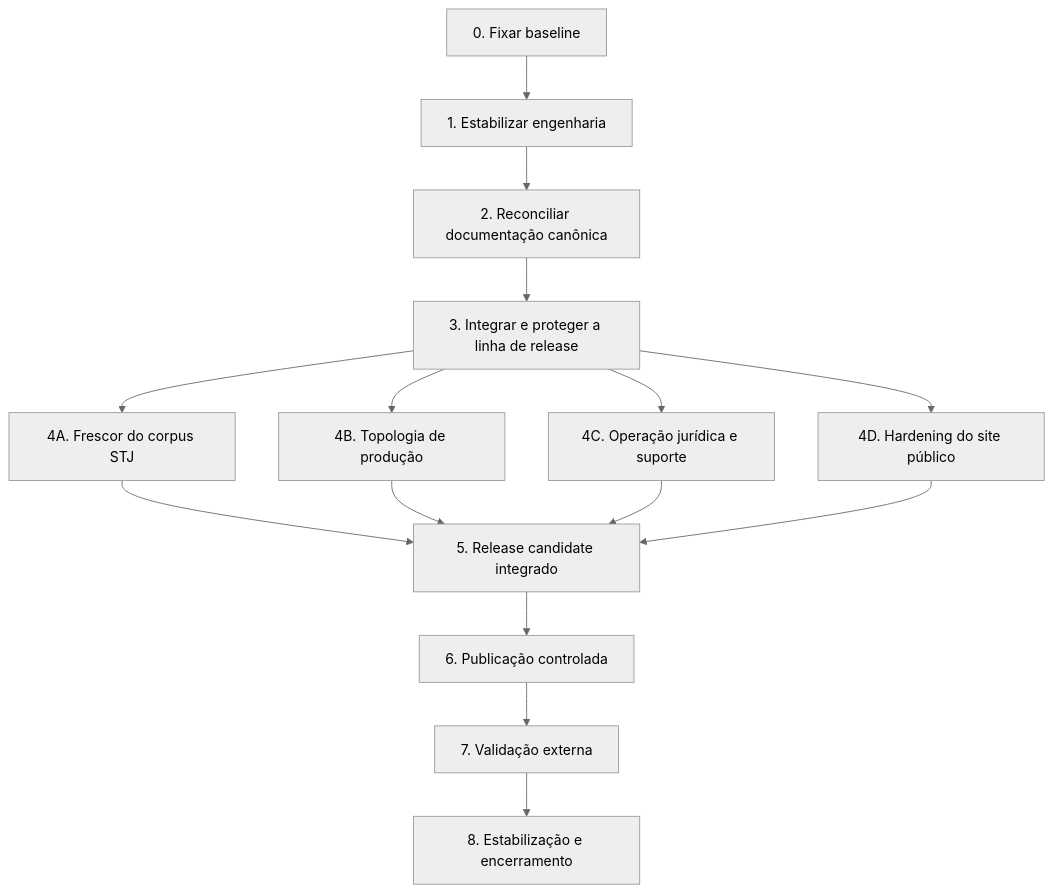
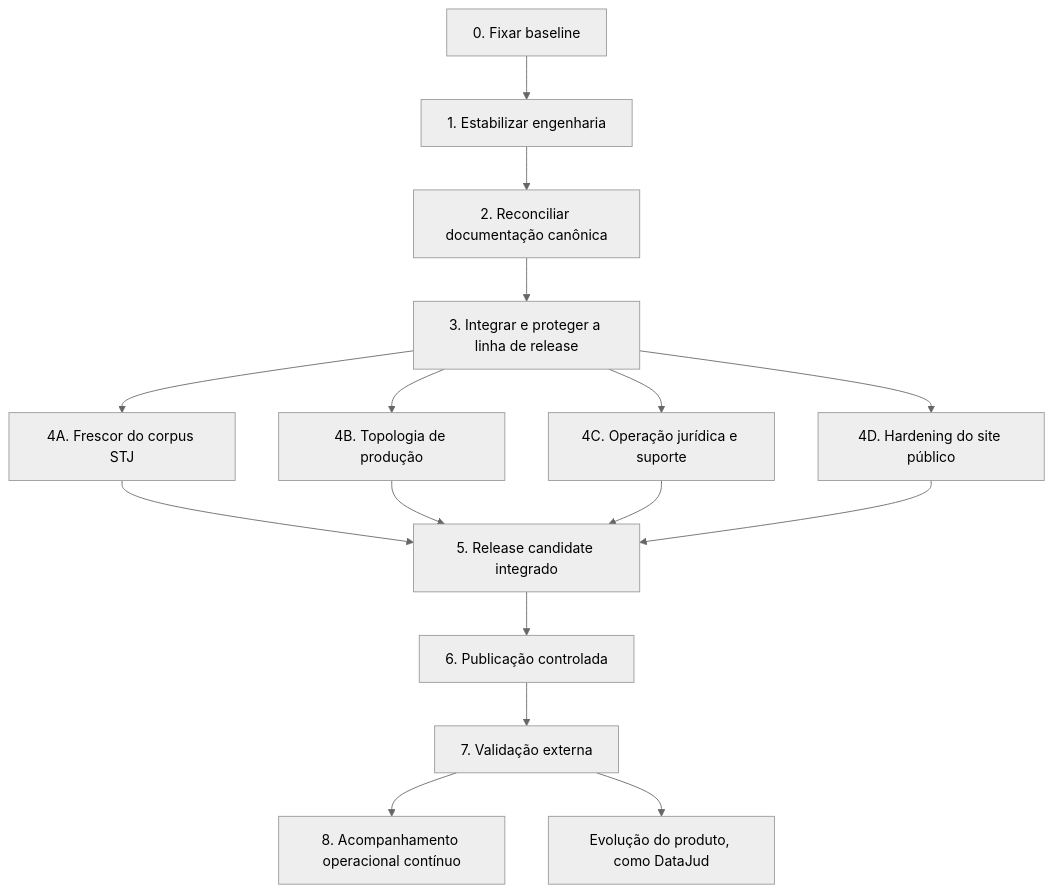
The diagram in docs/superpowers/plans/2026-09-25-forgelex-estabilizacao-pos-auditoria.md (junior-aguiar-eng/ForgeLex), drawn with Mermaid (neutral theme) before and after one commit. The commit also changed other lines of this file and 6 other files, not shown here.

````diff
--- a/docs/superpowers/plans/2026-09-25-forgelex-estabilizacao-pos-auditoria.md
+++ b/docs/superpowers/plans/2026-09-25-forgelex-estabilizacao-pos-auditoria.md
@@ -50,17 +50,18 @@
 ```mermaid
 flowchart TD
     F0[0. Fixar baseline] --> F1[1. Estabilizar engenharia]
     F1 --> F2[2. Reconciliar documentação canônica]
     F2 --> F3[3. Integrar e proteger a linha de release]
     F3 --> A[4A. Frescor do corpus STJ]
     F3 --> B[4B. Topologia de produção]
     F3 --> C[4C. Operação jurídica e suporte]
     F3 --> D[4D. Hardening do site público]
     A --> F5[5. Release candidate integrado]
     B --> F5
     C --> F5
     D --> F5
     F5 --> F6[6. Publicação controlada]
     F6 --> F7[7. Validação externa]
-    F7 --> F8[8. Estabilização e encerramento]
+    F7 --> F8[8. Acompanhamento operacional contínuo]
+    F7 --> EV[Evolução do produto, como DataJud]
 ```
````
